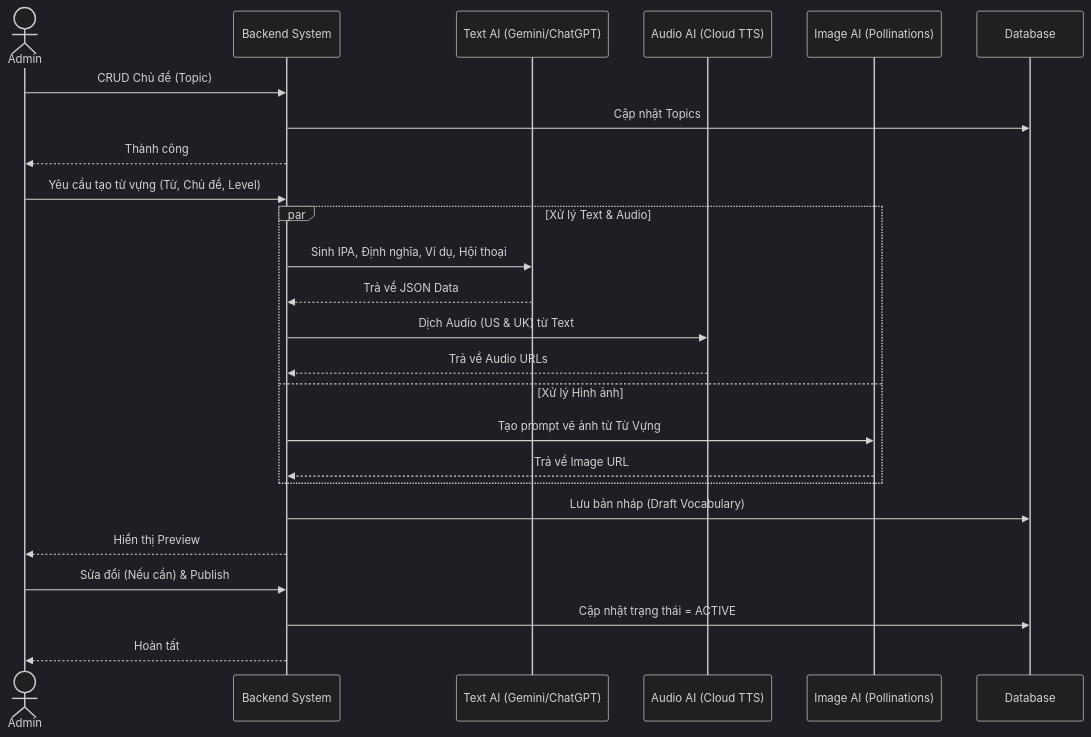
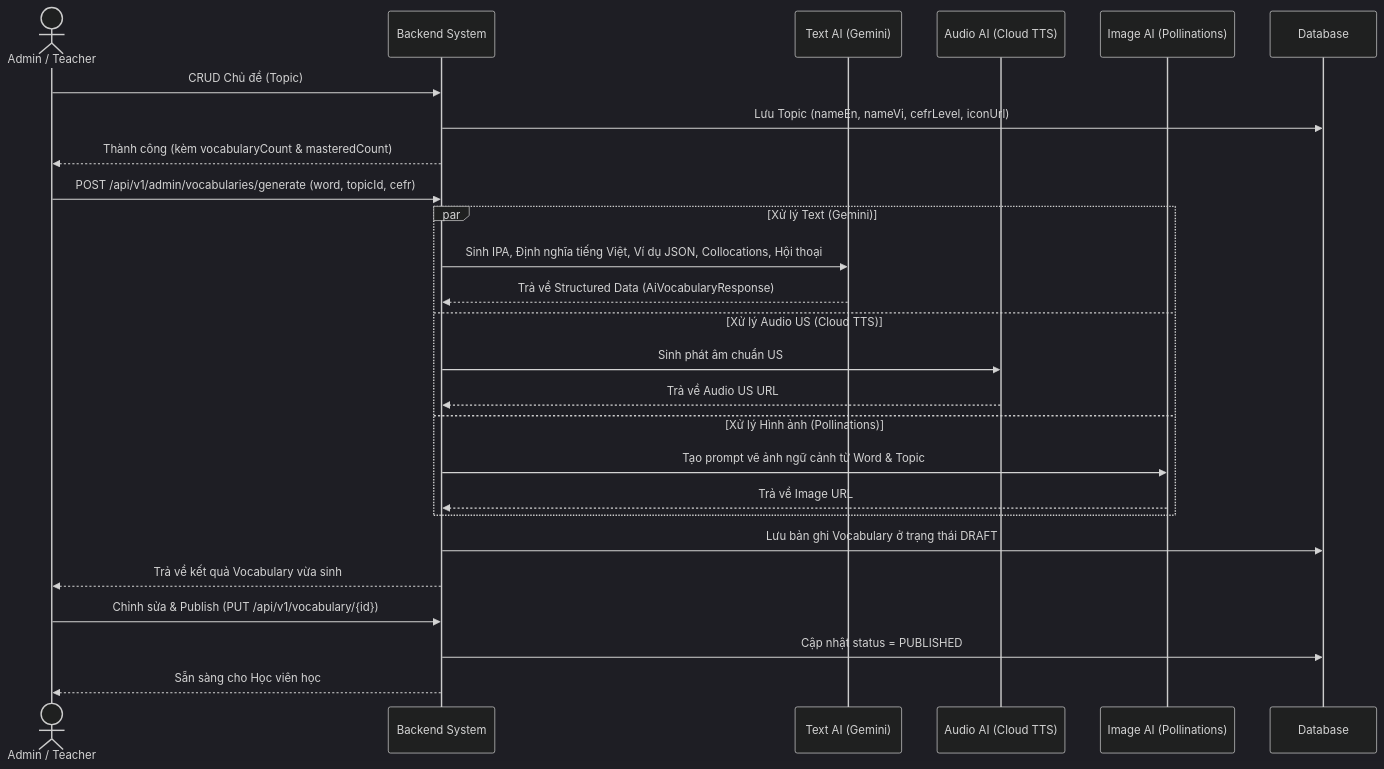
The first of 5 diagrams in docs/module_2/flow.md (Son-COC-145/english-ed-backend), drawn with Mermaid (dark theme) before and after one commit. The commit also changed other lines of this file and 2 other files, not shown here.

````diff
--- a/docs/module_2/flow.md
+++ b/docs/module_2/flow.md
@@ -10,33 +11,34 @@
 ```mermaid
 sequenceDiagram
-    actor Admin
+    actor Admin as Admin / Teacher
     participant System as Backend System
-    participant AI_LLM as Text AI (Gemini/ChatGPT)
+    participant AI_LLM as Text AI (Gemini)
     participant AI_TTS as Audio AI (Cloud TTS)
     participant AI_Img as Image AI (Pollinations)
     participant DB as Database
 
     %% Quản lý Topic
     Admin->>System: CRUD Chủ đề (Topic)
-    System->>DB: Cập nhật Topics
-    System-->>Admin: Thành công
+    System->>DB: Lưu Topic (nameEn, nameVi, cefrLevel, iconUrl)
+    System-->>Admin: Thành công (kèm vocabularyCount & masteredCount)
     
-    %% Sinh từ vựng AI
-    Admin->>System: Yêu cầu tạo từ vựng (Từ, Chủ đề, Level)
+    %% Sinh từ vựng AI tự động
+    Admin->>System: POST /api/v1/admin/vocabularies/generate (word, topicId, cefr)
     
-    par Xử lý Text & Audio
-        System->>AI_LLM: Sinh IPA, Định nghĩa, Ví dụ, Hội thoại
-        AI_LLM-->>System: Trả về JSON Data
-        System->>AI_TTS: Dịch Audio (US & UK) từ Text
-        AI_TTS-->>System: Trả về Audio URLs
-    and Xử lý Hình ảnh
-        System->>AI_Img: Tạo prompt vẽ ảnh từ Từ Vựng
+    par Xử lý Text (Gemini)
+        System->>AI_LLM: Sinh IPA, Định nghĩa tiếng Việt, Ví dụ JSON, Collocations, Hội thoại
+        AI_LLM-->>System: Trả về Structured Data (AiVocabularyResponse)
+    and Xử lý Audio US (Cloud TTS)
+        System->>AI_TTS: Sinh phát âm chuẩn US
+        AI_TTS-->>System: Trả về Audio US URL
+    and Xử lý Hình ảnh (Pollinations)
+        System->>AI_Img: Tạo prompt vẽ ảnh ngữ cảnh từ Word & Topic
         AI_Img-->>System: Trả về Image URL
     end
     
-    System->>DB: Lưu bản nháp (Draft Vocabulary)
-    System-->>Admin: Hiển thị Preview
-    Admin->>System: Sửa đổi (Nếu cần) & Publish
-    System->>DB: Cập nhật trạng thái = ACTIVE
-    System-->>Admin: Hoàn tất
+    System->>DB: Lưu bản ghi Vocabulary ở trạng thái DRAFT
+    System-->>Admin: Trả về kết quả Vocabulary vừa sinh
+    Admin->>System: Chỉnh sửa & Publish (PUT /api/v1/vocabulary/{id})
+    System->>DB: Cập nhật status = PUBLISHED
+    System-->>Admin: Sẵn sàng cho Học viên học
 ```
````
